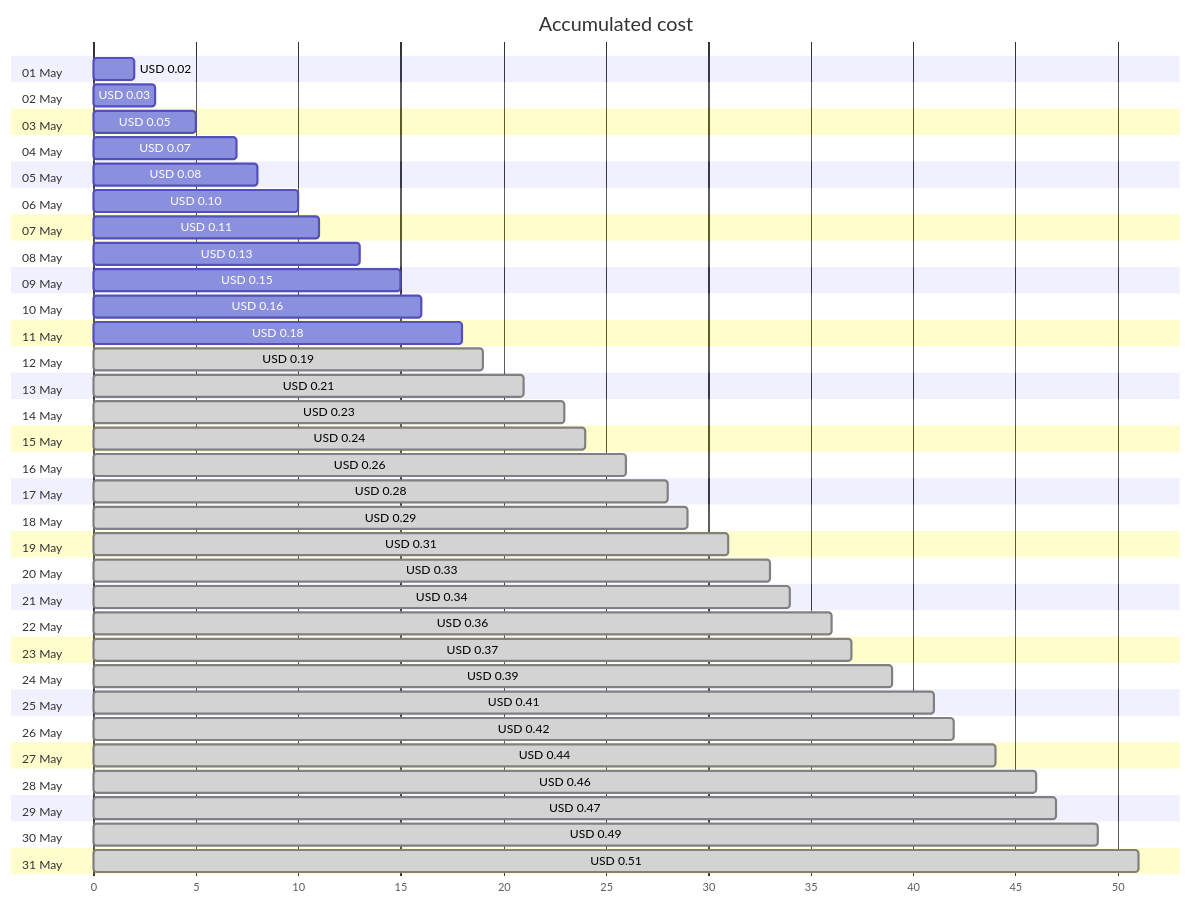
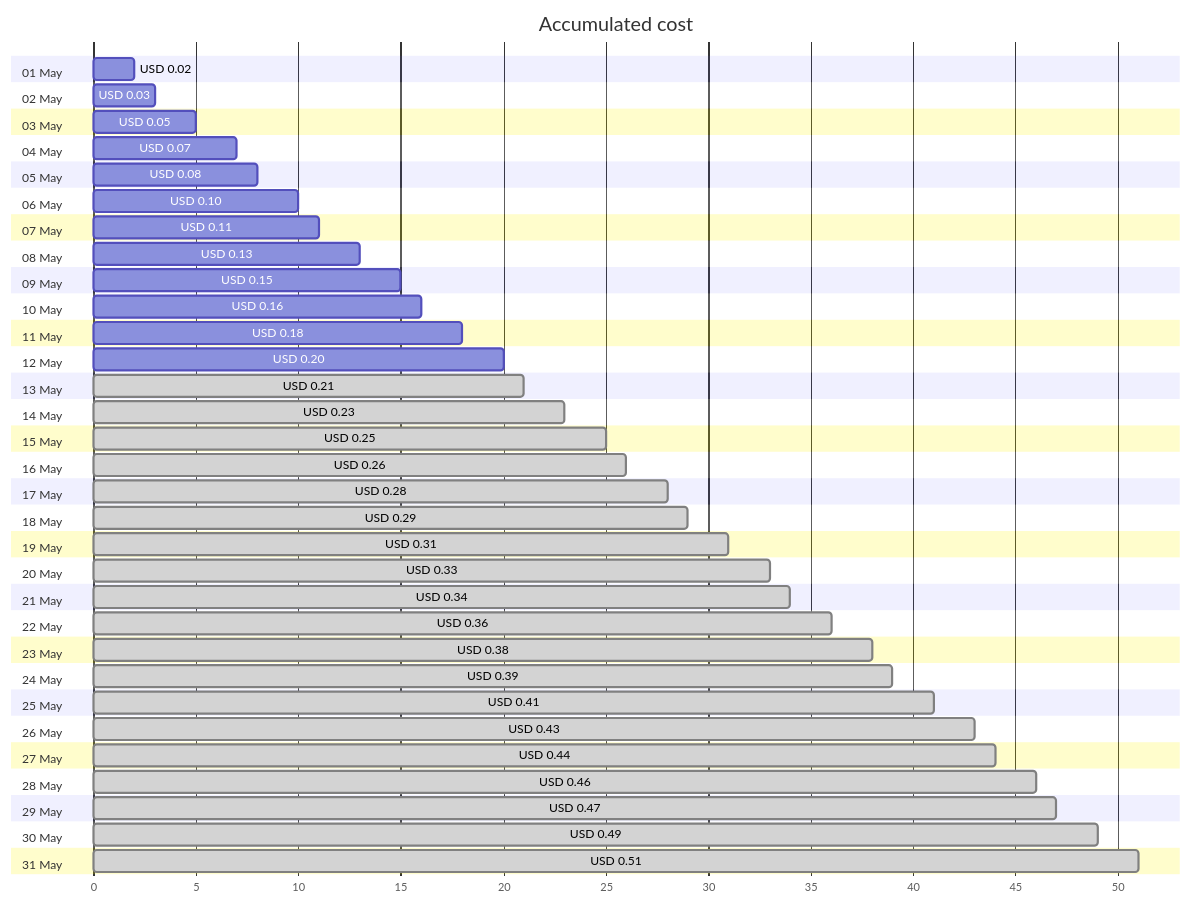
The first of 4 diagrams in cost-reports/personal-dns/jpatrickfulton.com.md (jpfulton/azure-personal-reports), drawn with Mermaid before and after one commit. The commit also changed other lines of this file and 2 other files, not shown here.

````diff
--- a/cost-reports/personal-dns/jpatrickfulton.com.md
+++ b/cost-reports/personal-dns/jpatrickfulton.com.md
@@ -20,68 +20,68 @@
 ```mermaid
 gantt
    title Accumulated cost
    dateFormat  X
    axisFormat %s
    section 01 May
    USD 0.02 :0, 2
    section 02 May
    USD 0.03 :0, 3
    section 03 May
    USD 0.05 :0, 5
    section 04 May
    USD 0.07 :0, 7
    section 05 May
    USD 0.08 :0, 8
    section 06 May
    USD 0.10 :0, 10
    section 07 May
    USD 0.11 :0, 11
    section 08 May
    USD 0.13 :0, 13
    section 09 May
    USD 0.15 :0, 15
    section 10 May
    USD 0.16 :0, 16
    section 11 May
    USD 0.18 :0, 18
    section 12 May
-   USD 0.19 : done, 0, 19
+   USD 0.20 :0, 20
    section 13 May
    USD 0.21 : done, 0, 21
    section 14 May
    USD 0.23 : done, 0, 23
    section 15 May
-   USD 0.24 : done, 0, 24
+   USD 0.25 : done, 0, 25
    section 16 May
    USD 0.26 : done, 0, 26
    section 17 May
    USD 0.28 : done, 0, 28
    section 18 May
    USD 0.29 : done, 0, 29
    section 19 May
    USD 0.31 : done, 0, 31
    section 20 May
    USD 0.33 : done, 0, 33
    section 21 May
    USD 0.34 : done, 0, 34
    section 22 May
    USD 0.36 : done, 0, 36
    section 23 May
-   USD 0.37 : done, 0, 37
+   USD 0.38 : done, 0, 38
    section 24 May
    USD 0.39 : done, 0, 39
    section 25 May
    USD 0.41 : done, 0, 41
    section 26 May
-   USD 0.42 : done, 0, 42
+   USD 0.43 : done, 0, 43
    section 27 May
    USD 0.44 : done, 0, 44
    section 28 May
    USD 0.46 : done, 0, 46
    section 29 May
    USD 0.47 : done, 0, 47
    section 30 May
    USD 0.49 : done, 0, 49
    section 31 May
    USD 0.51 : done, 0, 51
 ```
````
